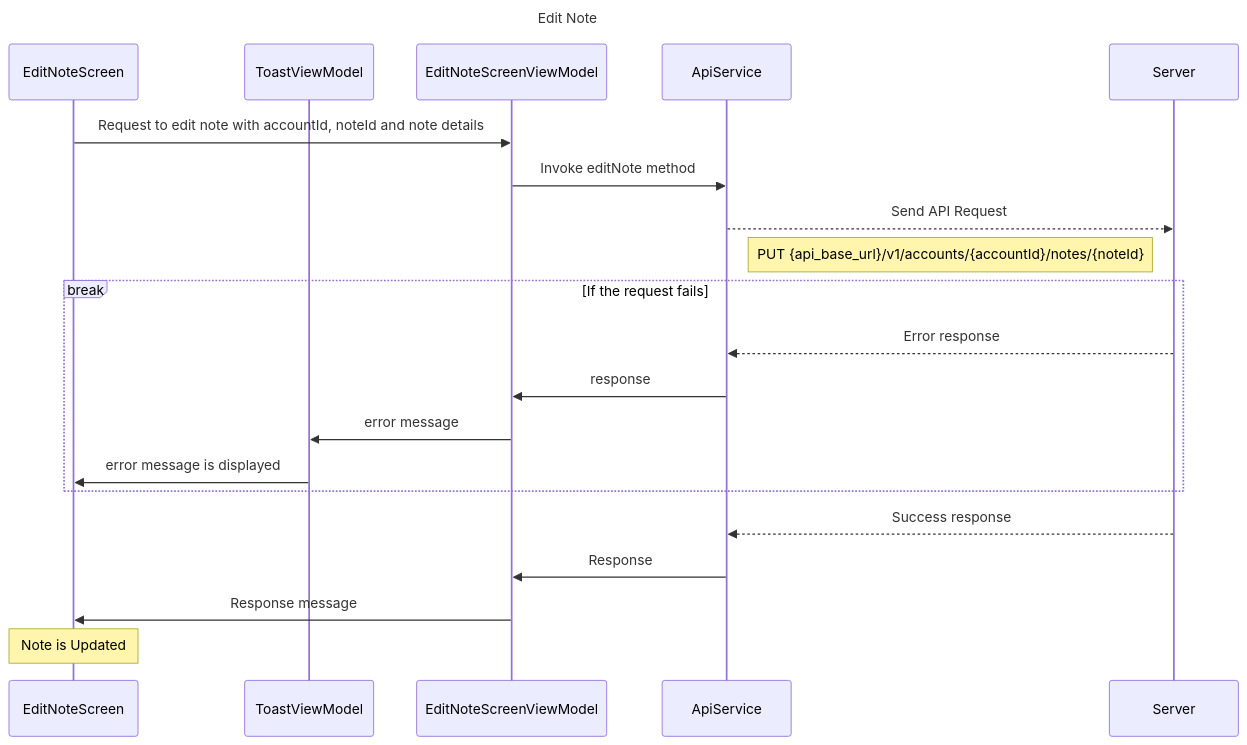
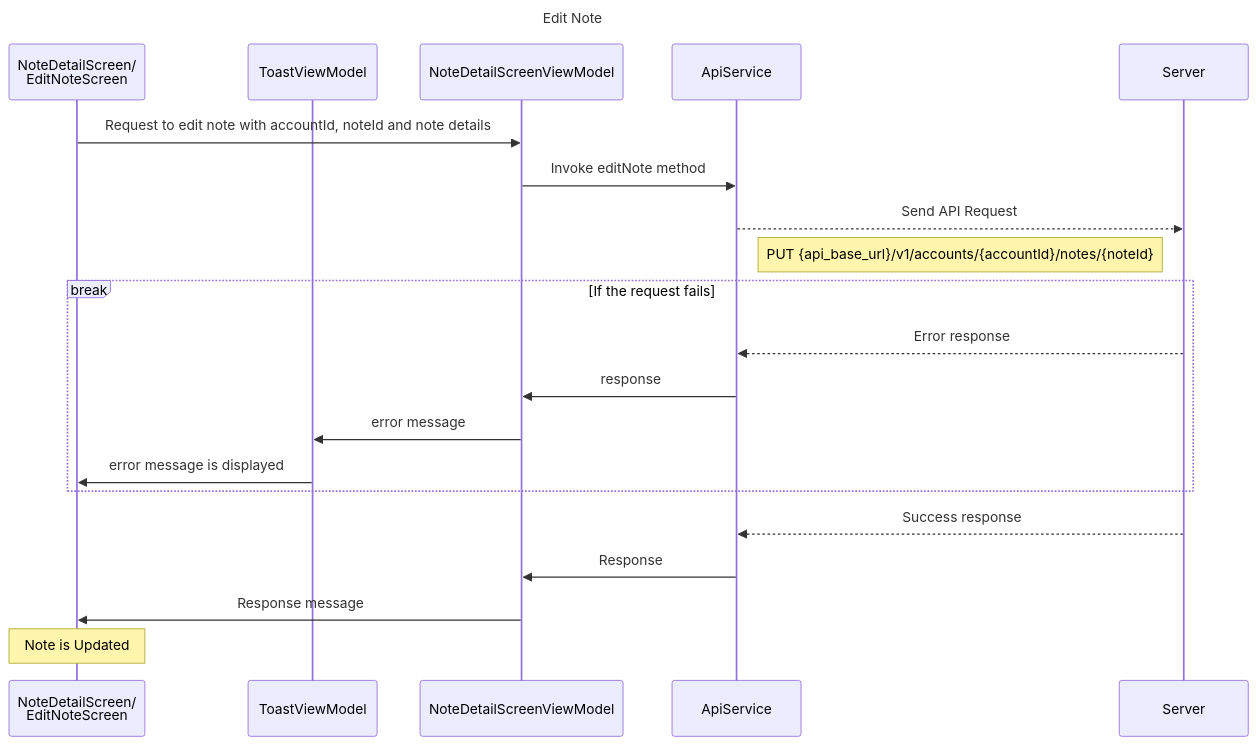
Before and after one commit to TrueSparrowSystems/AI-SalesSparrow-Docs: the diagram in flowDiagrams/IOS/EditNote.mermaid, drawn with Mermaid. The commit also changed 2 other files, not shown here.

Commit message:
Updated edit event, note and task flow for iOS

```diff
--- a/flowDiagrams/IOS/EditNote.mermaid
+++ b/flowDiagrams/IOS/EditNote.mermaid
@@ -1,25 +1,25 @@
 sequenceDiagram
     title Edit Note
 
-    participant ENS as EditNoteScreen
+    participant NDS as NoteDetailScreen/<br>EditNoteScreen
     participant TVM as ToastViewModel
-    participant ENVM as EditNoteScreenViewModel
+    participant NDSVM as NoteDetailScreenViewModel
     participant AS as ApiService
     participant S as Server
 
-    ENS->>ENVM: Request to edit note with accountId, noteId and note details
-    ENVM->>AS: Invoke editNote method
+    NDS->>NDSVM: Request to edit note with accountId, noteId and note details
+    NDSVM->>AS: Invoke editNote method
     AS-->>S: Send API Request
     note right of AS: PUT {api_base_url}/v1/accounts/{accountId}/notes/{noteId}
 
     break If the request fails
         S-->>AS: Error response
-        AS->>ENVM: response
-        ENVM->>TVM: error message
-        TVM->>ENS: error message is displayed
+        AS->>NDSVM: response
+        NDSVM->>TVM: error message
+        TVM->>NDS: error message is displayed
     end
 
     S-->>AS: Success response
-    AS->>ENVM: Response
-    ENVM->>ENS: Response message
-    note over ENS: Note is Updated
+    AS->>NDSVM: Response
+    NDSVM->>NDS: Response message
+    note over NDS: Note is Updated
```
